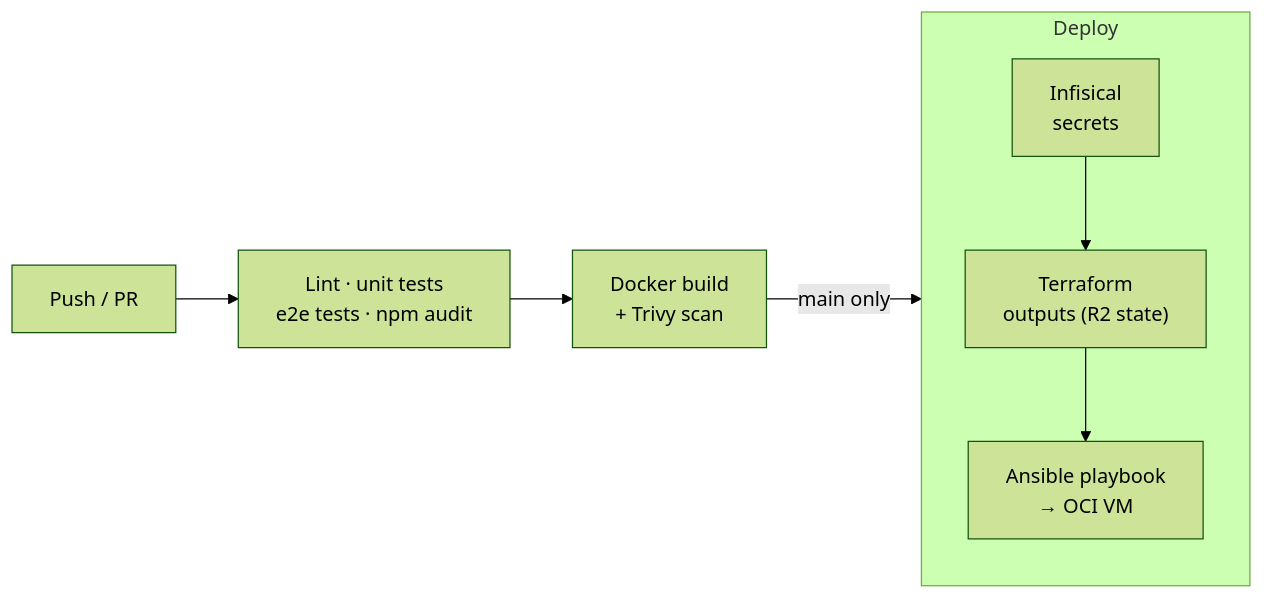
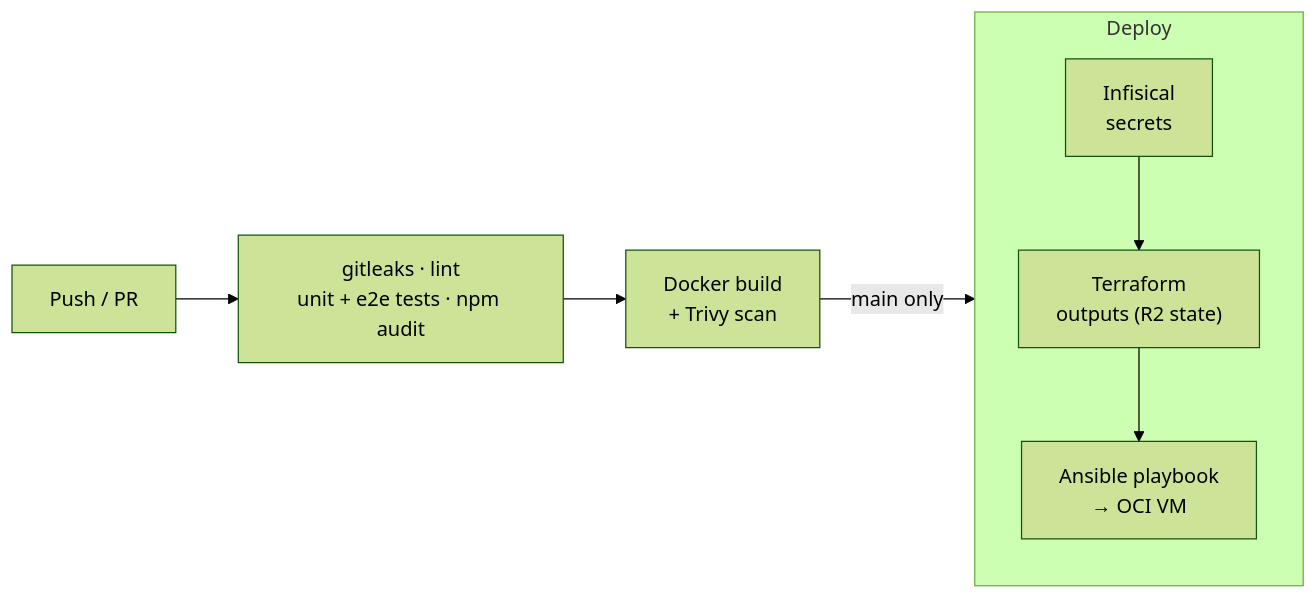
Before and after one commit to socah/bggg: the second of 2 diagrams in README.md, drawn with Mermaid (forest theme). The commit also changed other lines of this file and 7 other files, not shown here.

````diff
--- a/README.md
+++ b/README.md
@@ -110,11 +110,11 @@
 ```mermaid
 flowchart LR
-    pr["Push / PR"] --> verify["Lint · unit tests<br/>e2e tests · npm audit"]
+    pr["Push / PR"] --> verify["gitleaks · lint<br/>unit + e2e tests · npm audit"]
     verify --> build["Docker build<br/>+ Trivy scan"]
     build -->|main only| deploy
     subgraph deploy["Deploy"]
         direction TB
         inf["Infisical<br/>secrets"] --> tf["Terraform<br/>outputs (R2 state)"]
         tf --> ans["Ansible playbook<br/>→ OCI VM"]
     end
 ```
````
